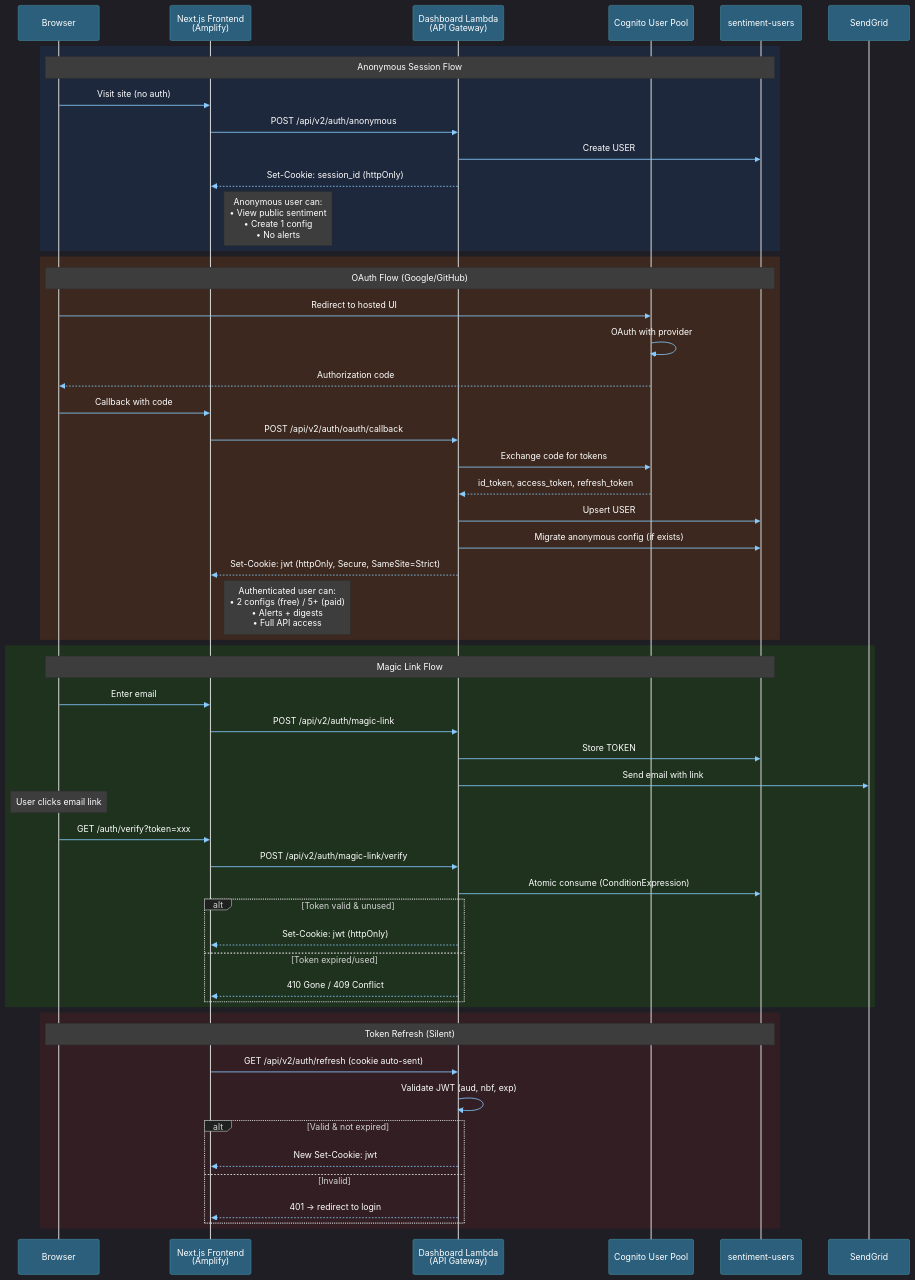
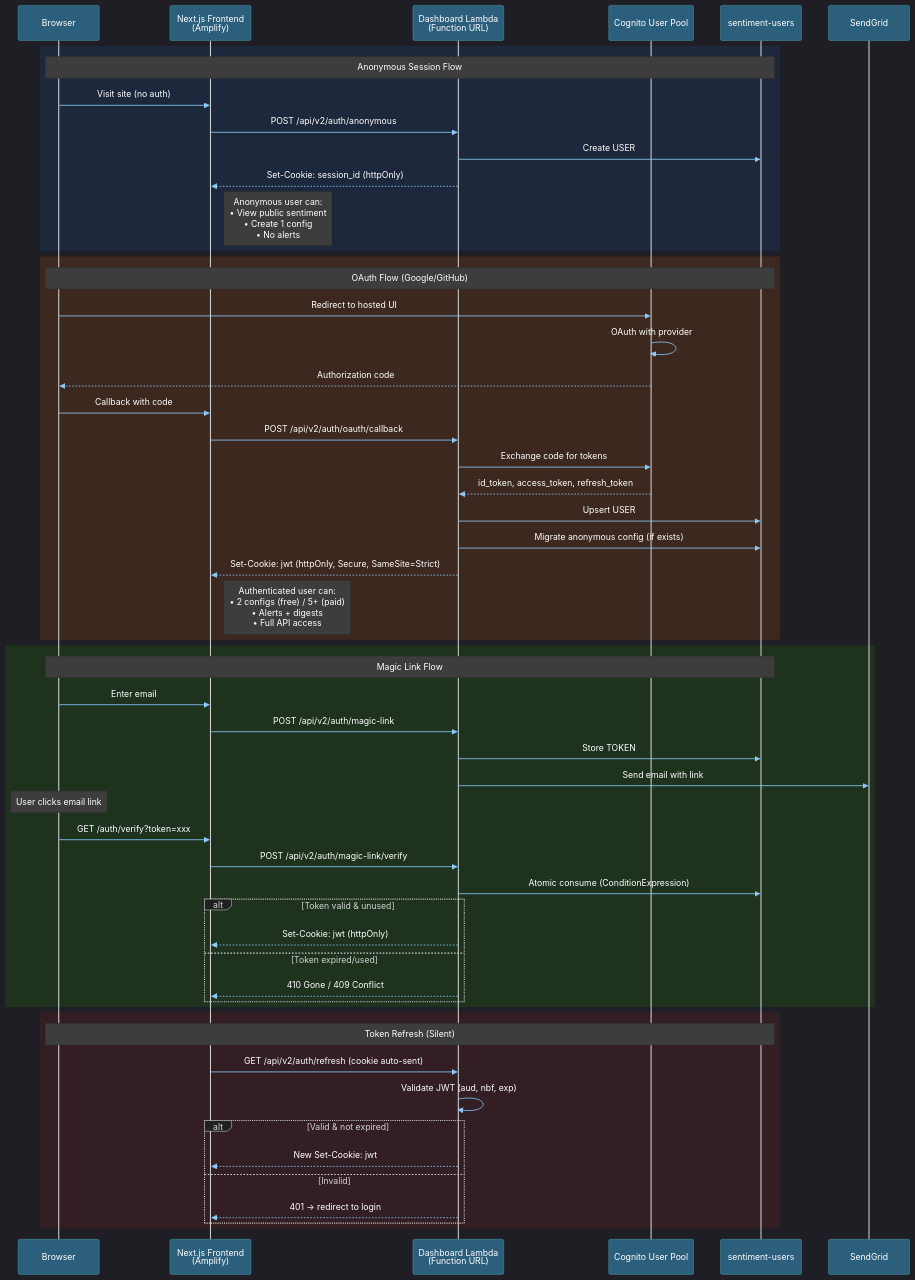
One commit to traylorre/sentiment-analyzer-gsk changed the fifth of 5 diagrams in README.md. Above: the diagram before and after it, drawn with Mermaid. The commit also changed other lines of this file and 1 other file, not shown here.

Commit message:
docs: Update diagrams to reflect LambdaFunctionUrlResolver change (#726)
- architecture.mmd: Dashboard Lambda 512MB → 1024MB, REST API → Function URL
- README.md: sequence diagram participant label, project tree description

````diff
--- a/README.md
+++ b/README.md
@@ -509,61 +509,61 @@
 ```mermaid
 %%{init: {"theme": "dark", "themeVariables": {"primaryColor": "#4A90A4", "lineColor": "#88CCFF", "primaryTextColor": "#FFFFFF", "actorTextColor": "#FFFFFF", "actorBkg": "#2B5F7C", "actorBorder": "#4A90A4", "signalColor": "#88CCFF", "signalTextColor": "#FFFFFF", "noteBkgColor": "#3D3D3D", "noteTextColor": "#FFFFFF", "activationBkgColor": "#2d2d2d"}}}%%
 sequenceDiagram
     participant Browser
     participant Frontend as Next.js Frontend<br/>(Amplify)
-    participant Dashboard as Dashboard Lambda<br/>(API Gateway)
+    participant Dashboard as Dashboard Lambda<br/>(Function URL)
     participant Cognito as Cognito User Pool
     participant Users as sentiment-users
 
     rect rgb(30, 40, 60)
         Note over Browser,Users: Anonymous Session Flow
         Browser->>Frontend: Visit site (no auth)
         Frontend->>Dashboard: POST /api/v2/auth/anonymous
         Dashboard->>Users: Create USER#{uuid}
         Dashboard-->>Frontend: Set-Cookie: session_id (httpOnly)
         Note right of Frontend: Anonymous user can:<br/>• View public sentiment<br/>• Create 1 config<br/>• No alerts
     end
 
     rect rgb(60, 40, 30)
         Note over Browser,Users: OAuth Flow (Google/GitHub)
         Browser->>Cognito: Redirect to hosted UI
         Cognito->>Cognito: OAuth with provider
         Cognito-->>Browser: Authorization code
         Browser->>Frontend: Callback with code
         Frontend->>Dashboard: POST /api/v2/auth/oauth/callback
         Dashboard->>Cognito: Exchange code for tokens
         Cognito-->>Dashboard: id_token, access_token, refresh_token
         Dashboard->>Users: Upsert USER#{cognito_sub}
         Dashboard->>Users: Migrate anonymous config (if exists)
         Dashboard-->>Frontend: Set-Cookie: jwt (httpOnly, Secure, SameSite=Strict)
         Note right of Frontend: Authenticated user can:<br/>• 2 configs (free) / 5+ (paid)<br/>• Alerts + digests<br/>• Full API access
     end
 
     rect rgb(30, 50, 30)
         Note over Browser,Users: Magic Link Flow
         Browser->>Frontend: Enter email
         Frontend->>Dashboard: POST /api/v2/auth/magic-link
         Dashboard->>Users: Store TOKEN#{random_256bit} (TTL: 15min)
         Dashboard->>SendGrid: Send email with link
         Note over Browser: User clicks email link
         Browser->>Frontend: GET /auth/verify?token=xxx
         Frontend->>Dashboard: POST /api/v2/auth/magic-link/verify
         Dashboard->>Users: Atomic consume (ConditionExpression)
         alt Token valid & unused
             Dashboard-->>Frontend: Set-Cookie: jwt (httpOnly)
         else Token expired/used
             Dashboard-->>Frontend: 410 Gone / 409 Conflict
         end
     end
 
     rect rgb(50, 30, 35)
         Note over Browser,Users: Token Refresh (Silent)
         Frontend->>Dashboard: GET /api/v2/auth/refresh (cookie auto-sent)
         Dashboard->>Dashboard: Validate JWT (aud, nbf, exp)
         alt Valid & not expired
             Dashboard-->>Frontend: New Set-Cookie: jwt
         else Invalid
             Dashboard-->>Frontend: 401 → redirect to login
         end
     end
 ```
````
